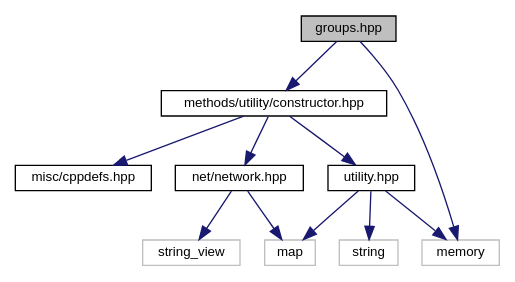
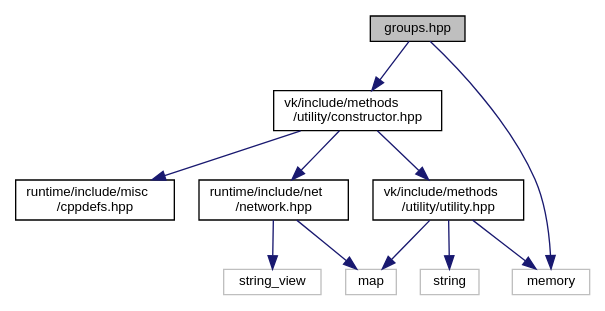
Before and after one commit to edgjj/cpp_vk_lib: the diagram in docs/groups_8hpp__incl.dot, drawn with Graphviz. The commit also changed 750 other files, not shown here.

```diff
--- a/docs/groups_8hpp__incl.dot
+++ b/docs/groups_8hpp__incl.dot
@@ -1,25 +1,25 @@
 digraph "groups.hpp"
 {
  // LATEX_PDF_SIZE
   edge [fontname="Helvetica",fontsize="10",labelfontname="Helvetica",labelfontsize="10"];
   node [fontname="Helvetica",fontsize="10",shape=record];
   Node1 [label="groups.hpp",height=0.2,width=0.4,color="black", fillcolor="grey75", style="filled", fontcolor="black",tooltip=" "];
   Node1 -> Node2 [color="midnightblue",fontsize="10",style="solid",fontname="Helvetica"];
-  Node2 [label="methods/utility/constructor.hpp",height=0.2,width=0.4,color="black", fillcolor="white", style="filled",URL="$constructor_8hpp.html",tooltip=" "];
+  Node2 [label="vk/include/methods\l/utility/constructor.hpp",height=0.2,width=0.4,color="black", fillcolor="white", style="filled",URL="$constructor_8hpp.html",tooltip=" "];
   Node2 -> Node3 [color="midnightblue",fontsize="10",style="solid",fontname="Helvetica"];
-  Node3 [label="utility.hpp",height=0.2,width=0.4,color="black", fillcolor="white", style="filled",URL="$utility_8hpp.html",tooltip=" "];
-  Node3 -> Node4 [color="midnightblue",fontsize="10",style="solid",fontname="Helvetica"];
-  Node4 [label="map",height=0.2,width=0.4,color="grey75", fillcolor="white", style="filled",tooltip=" "];
-  Node3 -> Node5 [color="midnightblue",fontsize="10",style="solid",fontname="Helvetica"];
-  Node5 [label="memory",height=0.2,width=0.4,color="grey75", fillcolor="white", style="filled",tooltip=" "];
-  Node3 -> Node6 [color="midnightblue",fontsize="10",style="solid",fontname="Helvetica"];
-  Node6 [label="string",height=0.2,width=0.4,color="grey75", fillcolor="white", style="filled",tooltip=" "];
+  Node3 [label="runtime/include/misc\l/cppdefs.hpp",height=0.2,width=0.4,color="black", fillcolor="white", style="filled",URL="$cppdefs_8hpp.html",tooltip=" "];
+  Node2 -> Node4 [color="midnightblue",fontsize="10",style="solid",fontname="Helvetica"];
+  Node4 [label="runtime/include/net\l/network.hpp",height=0.2,width=0.4,color="black", fillcolor="white", style="filled",URL="$network_8hpp.html",tooltip=" "];
+  Node4 -> Node5 [color="midnightblue",fontsize="10",style="solid",fontname="Helvetica"];
+  Node5 [label="map",height=0.2,width=0.4,color="grey75", fillcolor="white", style="filled",tooltip=" "];
+  Node4 -> Node6 [color="midnightblue",fontsize="10",style="solid",fontname="Helvetica"];
+  Node6 [label="string_view",height=0.2,width=0.4,color="grey75", fillcolor="white", style="filled",tooltip=" "];
   Node2 -> Node7 [color="midnightblue",fontsize="10",style="solid",fontname="Helvetica"];
-  Node7 [label="misc/cppdefs.hpp",height=0.2,width=0.4,color="black", fillcolor="white", style="filled",URL="$cppdefs_8hpp.html",tooltip=" "];
-  Node2 -> Node8 [color="midnightblue",fontsize="10",style="solid",fontname="Helvetica"];
-  Node8 [label="net/network.hpp",height=0.2,width=0.4,color="black", fillcolor="white", style="filled",URL="$network_8hpp.html",tooltip=" "];
-  Node8 -> Node4 [color="midnightblue",fontsize="10",style="solid",fontname="Helvetica"];
-  Node8 -> Node9 [color="midnightblue",fontsize="10",style="solid",fontname="Helvetica"];
-  Node9 [label="string_view",height=0.2,width=0.4,color="grey75", fillcolor="white", style="filled",tooltip=" "];
-  Node1 -> Node5 [color="midnightblue",fontsize="10",style="solid",fontname="Helvetica"];
+  Node7 [label="vk/include/methods\l/utility/utility.hpp",height=0.2,width=0.4,color="black", fillcolor="white", style="filled",URL="$utility_8hpp.html",tooltip=" "];
+  Node7 -> Node5 [color="midnightblue",fontsize="10",style="solid",fontname="Helvetica"];
+  Node7 -> Node8 [color="midnightblue",fontsize="10",style="solid",fontname="Helvetica"];
+  Node8 [label="memory",height=0.2,width=0.4,color="grey75", fillcolor="white", style="filled",tooltip=" "];
+  Node7 -> Node9 [color="midnightblue",fontsize="10",style="solid",fontname="Helvetica"];
+  Node9 [label="string",height=0.2,width=0.4,color="grey75", fillcolor="white", style="filled",tooltip=" "];
+  Node1 -> Node8 [color="midnightblue",fontsize="10",style="solid",fontname="Helvetica"];
 }
```
